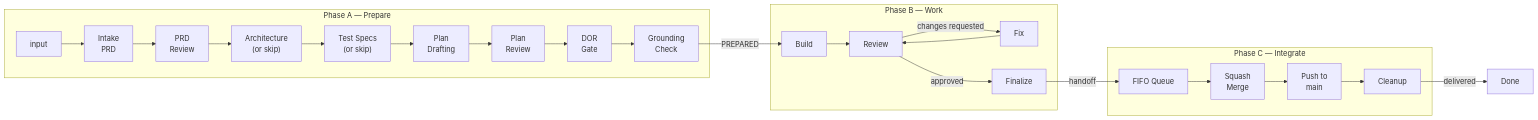
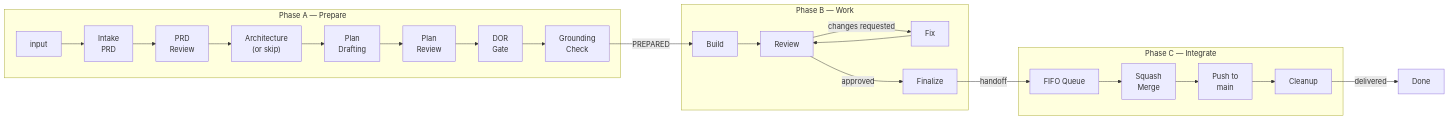
One commit to InstruktAI/TeleClaude changed the first of 3 diagrams in docs/project/design/architecture/lifecycle-state-machines.md. Above: the diagram before and after it, drawn with Mermaid. The commit also changed other lines of this file and 49 other files, not shown here.

````diff
--- a/docs/project/design/architecture/lifecycle-state-machines.md
+++ b/docs/project/design/architecture/lifecycle-state-machines.md
@@ -72,30 +71,29 @@
 ```mermaid
 flowchart LR
     subgraph "Phase A — Prepare"
         Input["input"] --> Intake["Intake<br/>PRD"]
         Intake --> PRDReview["PRD<br/>Review"]
         PRDReview --> Architecture["Architecture<br/>(or skip)"]
-        Architecture --> Specs["Test Specs<br/>(or skip)"]
-        Specs --> PlanDraft["Plan<br/>Drafting"]
+        Architecture --> PlanDraft["Plan<br/>Drafting"]
         PlanDraft --> PlanReview["Plan<br/>Review"]
         PlanReview --> Gate["DOR<br/>Gate"]
         Gate --> Grounding["Grounding<br/>Check"]
     end
 
     subgraph "Phase B — Work"
         Build --> Review
         Review -->|"changes requested"| Fix
         Fix --> Review
         Review -->|"approved"| Finalize
     end
 
     subgraph "Phase C — Integrate"
         Queue["FIFO Queue"] --> Merge["Squash<br/>Merge"]
         Merge --> Push["Push to<br/>main"]
         Push --> Cleanup
     end
 
     Grounding -->|"PREPARED"| Build
     Finalize -->|"handoff"| Queue
     Cleanup -->|"delivered"| Done["Done"]
 ```
````
